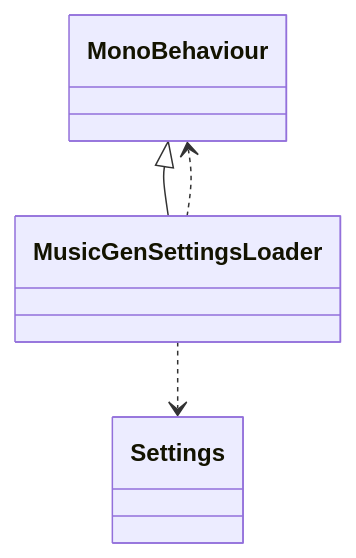
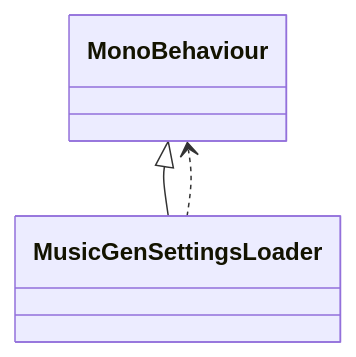
One commit to schnock-art/project_inspector changed diagram 18 of 39 in test/test.md. Above: the diagram before and after it, drawn with Mermaid. The commit also changed other lines of this file and 3 other files, not shown here.

````diff
--- a/test/test.md
+++ b/test/test.md
@@ -399,6 +393,5 @@
 ```mermaid
 classDiagram
 MonoBehaviour <|-- MusicGenSettingsLoader
-MusicGenSettingsLoader ..> Settings
 MusicGenSettingsLoader ..> MonoBehaviour
 ```
````
